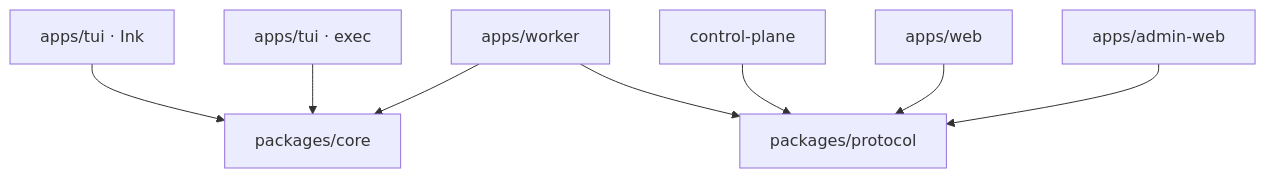
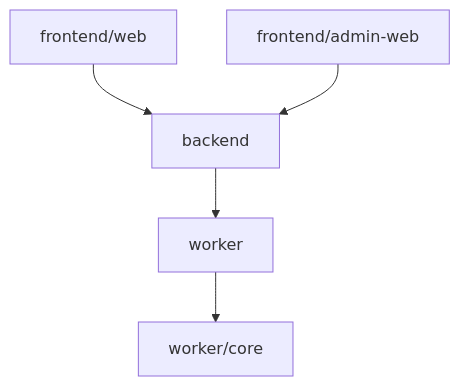
One commit to zzc-101/Kross changed the first of 2 diagrams in docs/technical-overview.md. Above: the diagram before and after it, drawn with Mermaid. The commit also changed other lines of this file and 649 other files, not shown here.

First line of the commit message:
chore: split the repo into frontend, backend, and worker

````diff
--- a/docs/technical-overview.md
+++ b/docs/technical-overview.md
@@ -13,10 +13,7 @@
 ```mermaid
 flowchart TB
-    TUI["apps/tui · Ink"] --> CORE["packages/core"]
-    HEADLESS["apps/tui · exec"] --> CORE
-    WORKER["apps/worker"] --> CORE
-    WORKER --> PROTOCOL["packages/protocol"]
-    CONTROL["control-plane"] --> PROTOCOL
-    WEB["apps/web"] --> PROTOCOL
-    ADMIN["apps/admin-web"] --> PROTOCOL
+    WEB["frontend/web"] --> BACKEND["backend"]
+    ADMIN["frontend/admin-web"] --> BACKEND
+    BACKEND --> WORKER["worker"]
+    WORKER --> CORE["worker/core"]
 ```
````
